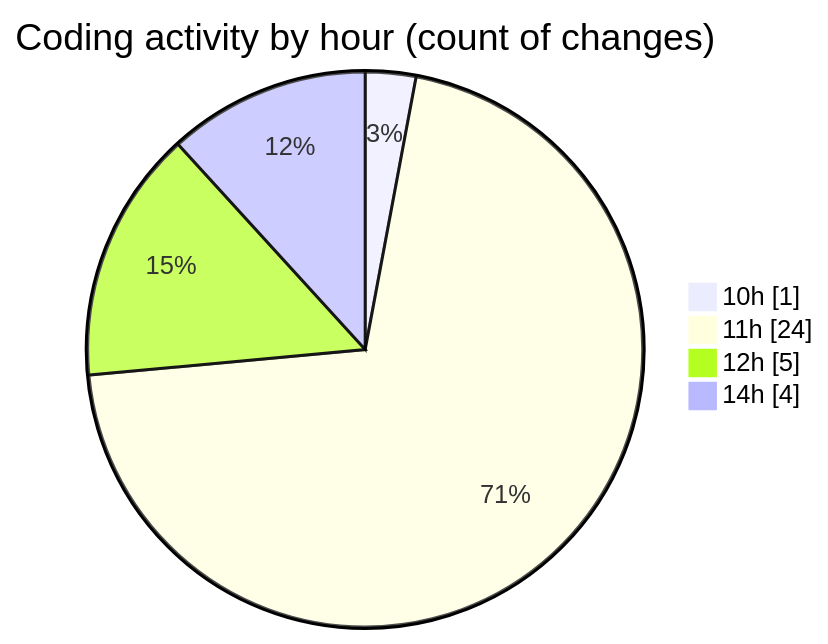
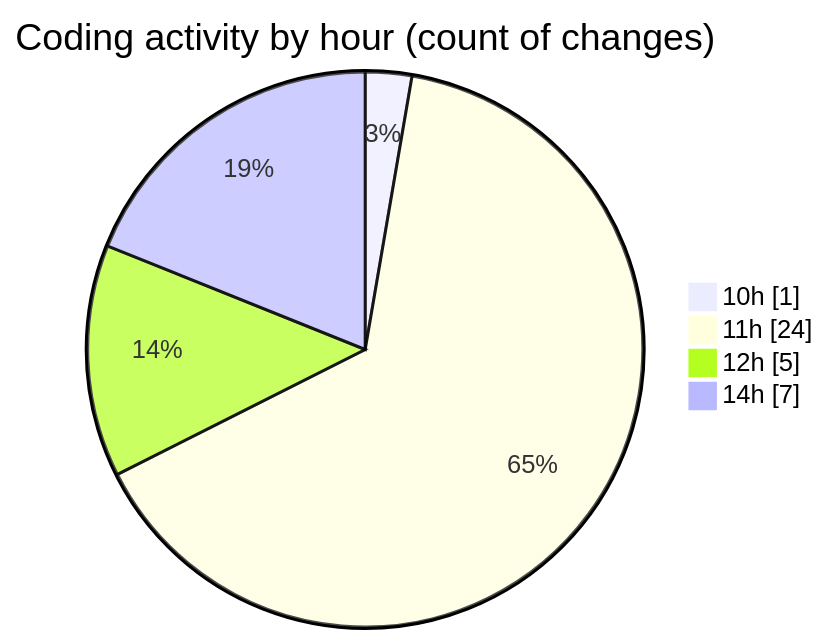
The second of 2 diagrams in 2025-10-03/untitled__workspace_/README.md (debugP/code-tracking), drawn with Mermaid before and after one commit. The commit also changed other lines of this file and 1 other file, not shown here.

````diff
--- a/2025-10-03/untitled__workspace_/README.md
+++ b/2025-10-03/untitled__workspace_/README.md
@@ -29,8 +29,8 @@
 ```mermaid
 pie showData
 title Coding activity by hour (count of changes)
 "10h" : 1
 "11h" : 24
 "12h" : 5
-"14h" : 4
+"14h" : 7
 ```
````
